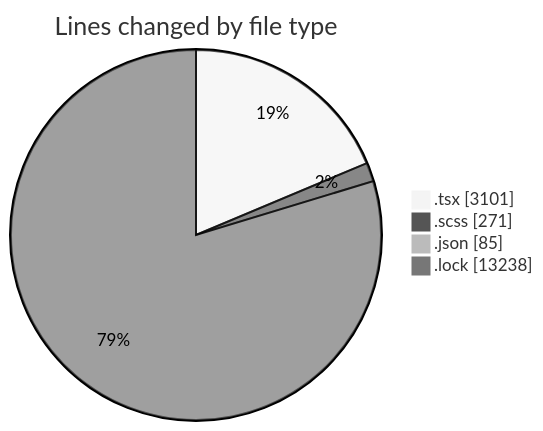
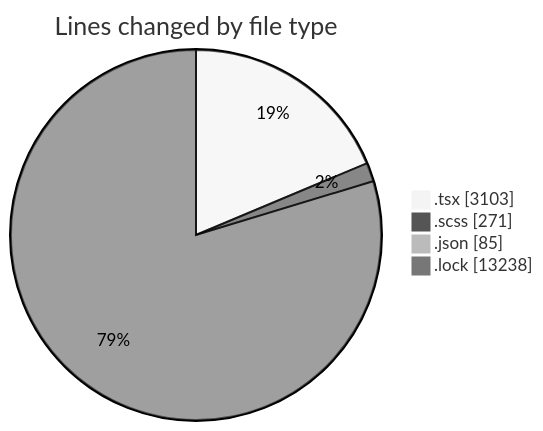
The first of 2 diagrams in 2025-11-18/cda/README.md (momahboobian/code-tracking), drawn with Mermaid (neutral theme) before and after one commit. The commit also changed other lines of this file and 1 other file, not shown here.

````diff
--- a/2025-11-18/cda/README.md
+++ b/2025-11-18/cda/README.md
@@ -28,8 +28,8 @@
 ```mermaid
 pie showData
 title Lines changed by file type
-".tsx" : 3101
+".tsx" : 3103
 ".scss" : 271
 ".json" : 85
 ".lock" : 13238
 ```
````
